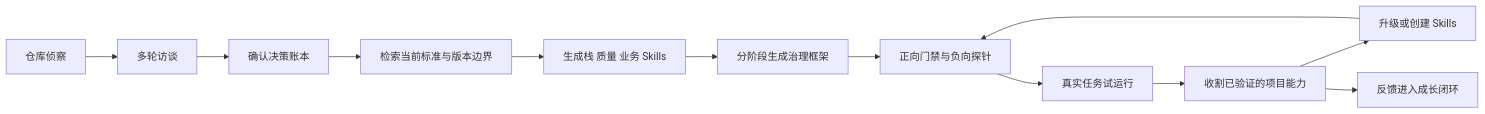
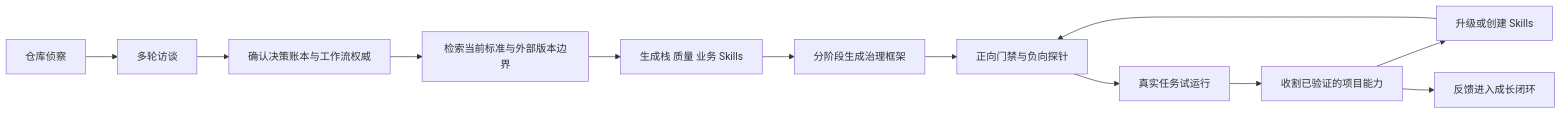
One commit to YangYuHai-7/ai-code-governance changed the diagram in README.md. Above: the diagram before and after it, drawn with Mermaid. The commit also changed other lines of this file and 14 other files, not shown here.

````diff
--- a/README.md
+++ b/README.md
@@ -37,14 +38,14 @@
 ```mermaid
 flowchart LR
     A[仓库侦察] --> B[多轮访谈]
-    B --> C[确认决策账本]
-    C --> D[检索当前标准与版本边界]
+    B --> C[确认决策账本与工作流权威]
+    C --> D[检索当前标准与外部版本边界]
     D --> E[生成栈 质量 业务 Skills]
     E --> F[分阶段生成治理框架]
     F --> G[正向门禁与负向探针]
     G --> H[真实任务试运行]
     H --> I[收割已验证的项目能力]
     I --> J[升级或创建 Skills]
     J --> G
     I --> K[反馈进入成长闭环]
 ```
````
